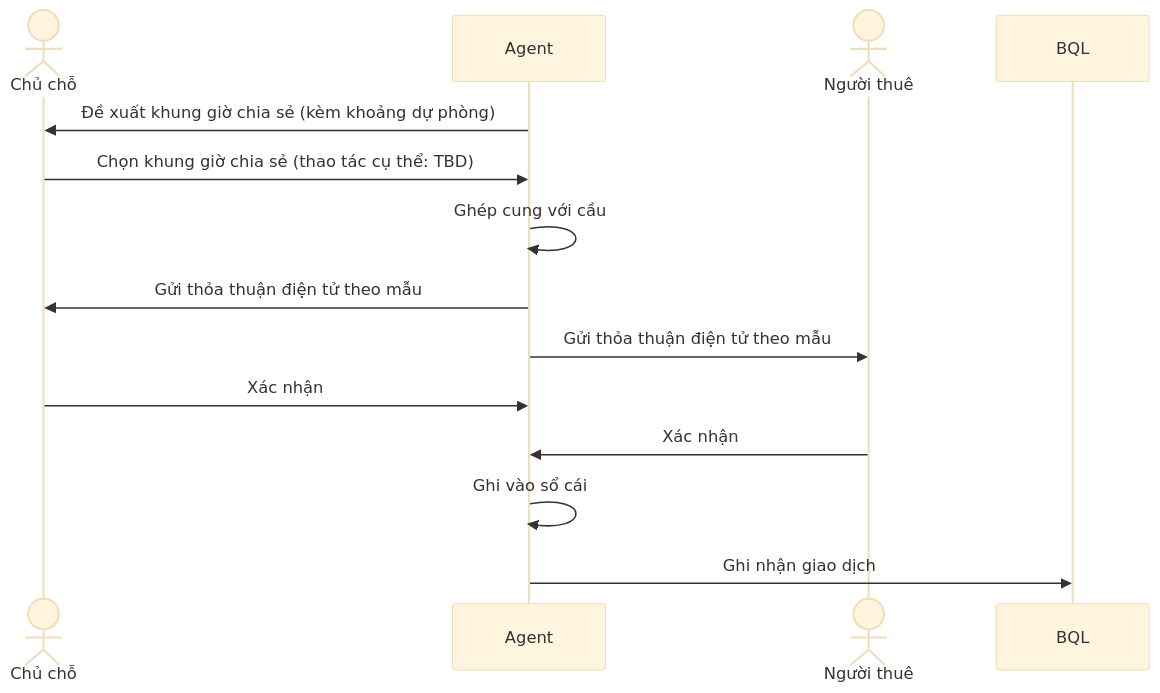
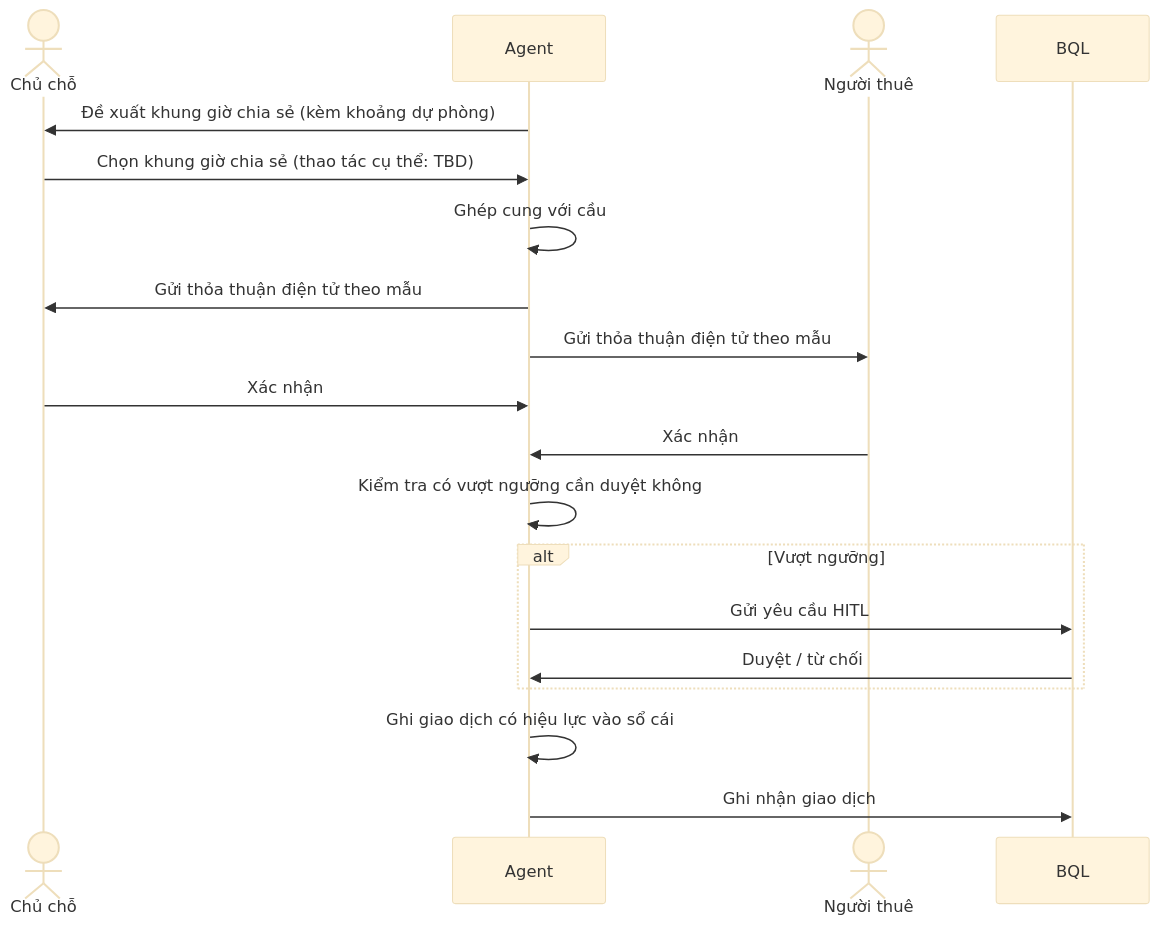
Before and after one commit to leewinie2104-lang/AITC-t-142: the second of 6 diagrams in docs/01-product/ux/user-flow.md, drawn with Mermaid (base theme). The commit also changed other lines of this file and 42 other files, not shown here.

````diff
--- a/docs/01-product/ux/user-flow.md
+++ b/docs/01-product/ux/user-flow.md
@@ -23,16 +24,21 @@
 ```mermaid
 sequenceDiagram
     actor Chu as Chủ chỗ
     participant Ag as Agent
     actor Thue as Người thuê
     participant BQL
     Ag->>Chu: Đề xuất khung giờ chia sẻ (kèm khoảng dự phòng)
     Chu->>Ag: Chọn khung giờ chia sẻ (thao tác cụ thể: TBD)
     Ag->>Ag: Ghép cung với cầu
     Ag->>Chu: Gửi thỏa thuận điện tử theo mẫu
     Ag->>Thue: Gửi thỏa thuận điện tử theo mẫu
     Chu->>Ag: Xác nhận
     Thue->>Ag: Xác nhận
-    Ag->>Ag: Ghi vào sổ cái
+    Ag->>Ag: Kiểm tra có vượt ngưỡng cần duyệt không
+    alt Vượt ngưỡng
+        Ag->>BQL: Gửi yêu cầu HITL
+        BQL->>Ag: Duyệt / từ chối
+    end
+    Ag->>Ag: Ghi giao dịch có hiệu lực vào sổ cái
     Ag->>BQL: Ghi nhận giao dịch
 ```
````
